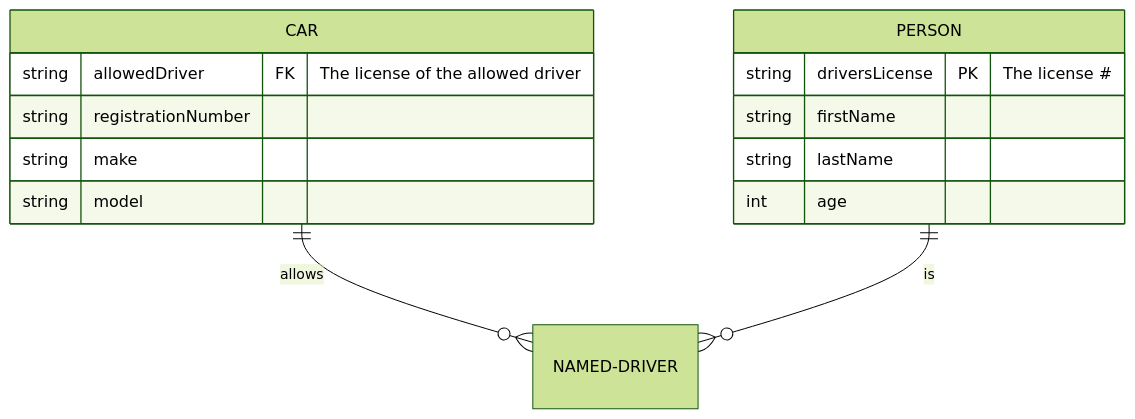
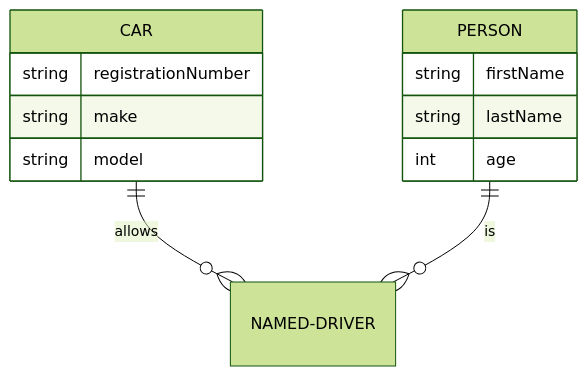
The diagram in README.md (epipheus/open-runtime-module-library), drawn with Mermaid (forest theme) before and after one commit.

````diff
--- a/README.md
+++ b/README.md
@@ -10,17 +10,15 @@
 ```mermaid
 erDiagram
     CAR ||--o{ NAMED-DRIVER : allows
     CAR {
-        string allowedDriver FK "The license of the allowed driver"
         string registrationNumber
         string make
         string model
     }
     PERSON ||--o{ NAMED-DRIVER : is
     PERSON {
-        string driversLicense PK "The license #"
         string firstName
         string lastName
         int age
     }
 ```
````
